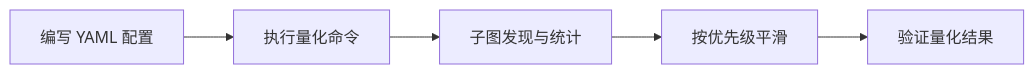
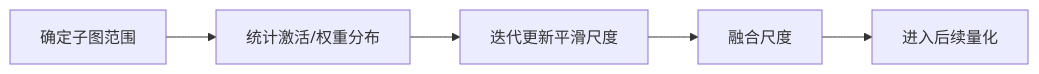
The diagram in msmodelslim/docs/zh/knowledge_base/quantization_algorithms/iterative_smooth/usage_iterative_smooth.md (mindstudio-docs/master), drawn with Mermaid before and after one commit. The commit also changed other lines of this file and 73 other files, not shown here.

````diff
--- a/msmodelslim/docs/zh/knowledge_base/quantization_algorithms/iterative_smooth/usage_iterative_smooth.md
+++ b/msmodelslim/docs/zh/knowledge_base/quantization_algorithms/iterative_smooth/usage_iterative_smooth.md
@@ -42,7 +24,7 @@
 ```mermaid
 flowchart LR
-    A[编写 YAML 配置] --> B[执行量化命令]
-    B --> C[子图发现与统计]
-    C --> D[按优先级平滑]
-    D --> E[验证量化结果]
+    A[确定子图范围] --> B[统计激活/权重分布]
+    B[统计激活/权重分布] --> C[迭代更新平滑尺度]
+    C[迭代更新平滑尺度] --> D[融合尺度]
+    D[融合尺度] --> E[进入后续量化]
 ```
````
